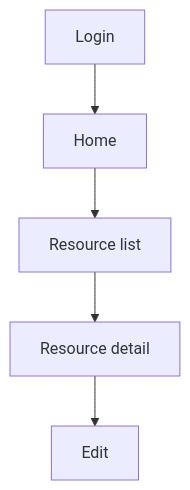
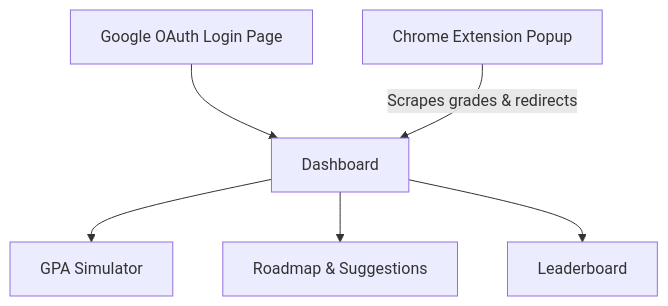
Before and after one commit to nqtienvn/japanese: the diagram in 03-Architecture-Design/UI_UX_SPECIFICATION.md, drawn with Mermaid. The commit also changed other lines of this file and 89 other files, not shown here.

````diff
--- a/03-Architecture-Design/UI_UX_SPECIFICATION.md
+++ b/03-Architecture-Design/UI_UX_SPECIFICATION.md
@@ -29,7 +33,8 @@
 ```mermaid
 flowchart TD
-    Login[Login] --> Home[Home]
-    Home --> ResourceList[Resource list]
-    ResourceList --> ResourceDetail[Resource detail]
-    ResourceDetail --> Edit[Edit]
+    Login[Google OAuth Login Page] --> Dashboard[Dashboard]
+    Dashboard --> Simulator[GPA Simulator]
+    Dashboard --> Roadmap[Roadmap & Suggestions]
+    Dashboard --> Leaderboard[Leaderboard]
+    ChromeExtension[Chrome Extension Popup] -->|Scrapes grades & redirects| Dashboard
 ```
````
